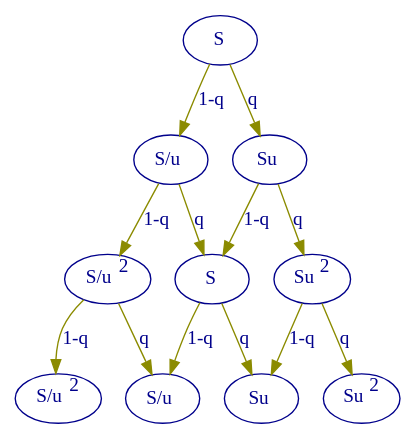
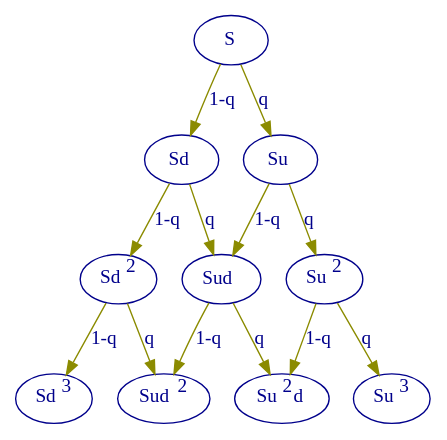
One commit to TikhonJelvis/RL-book changed the diagram in book/chapter8/binomial_tree.gv. Above: the diagram before and after it, drawn with Graphviz. The commit also changed 1 other file, not shown here.

```diff
--- a/book/chapter8/binomial_tree.gv
+++ b/book/chapter8/binomial_tree.gv
@@ -1,29 +1,29 @@
 /*
 Run with the command: neato -n2 -Tpng -o binomial_tree.png binomial_tree.gv
 */
 
 digraph binomial_tree
 {
   S00 [pos="0,0", label=<S>, color=blue4, fontcolor=blue4]
-  S10 [pos="150,-50", label=<S/u>, color=blue4, fontcolor=blue4]
+  S10 [pos="150,-50", label=<Sd>, color=blue4, fontcolor=blue4]
   S11 [pos="150,50", label=<Su>, color=blue4, fontcolor=blue4]
-  S20 [pos="300,-100", label=<S/u<SUP>2</SUP>>, color=blue4, fontcolor=blue4]
-  S21 [pos="300,0", label=<S>, color=blue4, fontcolor=blue4]
+  S20 [pos="300,-100", label=<Sd<SUP>2</SUP>>, color=blue4, fontcolor=blue4]
+  S21 [pos="300,0", label=<Sud>, color=blue4, fontcolor=blue4]
   S22 [pos="300,100", label=<Su<SUP>2</SUP>>, color=blue4, fontcolor=blue4]
-  S30 [pos="450,-150", label=<S/u<SUP>2</SUP>>, color=blue4, fontcolor=blue4]
-  S31 [pos="450,-50", label=<S/u>, color=blue4, fontcolor=blue4]
-  S32 [pos="450,50", label=<Su>, color=blue4, fontcolor=blue4]
-  S33 [pos="450,150", label=<Su<SUP>2</SUP>>, color=blue4, fontcolor=blue4]
+  S30 [pos="450,-150", label=<Sd<SUP>3</SUP>>, color=blue4, fontcolor=blue4]
+  S31 [pos="450,-50", label=<Sud<SUP>2</SUP>>, color=blue4, fontcolor=blue4]
+  S32 [pos="450,50", label=<Su<SUP>2</SUP>d>, color=blue4, fontcolor=blue4]
+  S33 [pos="450,150", label=<Su<SUP>3</SUP>>, color=blue4, fontcolor=blue4]
   S00->S10 [label=<1-q>, color=yellow4, fontcolor=blue4]
   S00->S11 [label=<q>, color=yellow4, fontcolor=blue4]
   S10->S20 [label=<1-q>, color=yellow4, fontcolor=blue4]
   S10->S21 [label=<q>, color=yellow4, fontcolor=blue4]
   S11->S21 [label=<1-q>, color=yellow4, fontcolor=blue4]
   S11->S22 [label=<q>, color=yellow4, fontcolor=blue4]
   S20->S30 [label=<1-q>, color=yellow4, fontcolor=blue4]
   S20->S31 [label=<q>, color=yellow4, fontcolor=blue4]
   S21->S31 [label=<1-q>, color=yellow4, fontcolor=blue4]
   S21->S32 [label=<q>, color=yellow4, fontcolor=blue4]
   S22->S32 [label=<1-q>, color=yellow4, fontcolor=blue4]
   S22->S33 [label=<q>, color=yellow4, fontcolor=blue4]
 }
```
